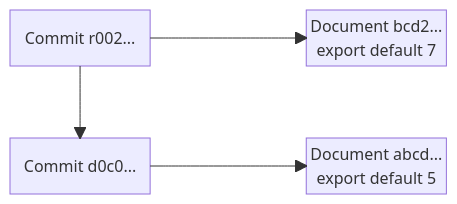
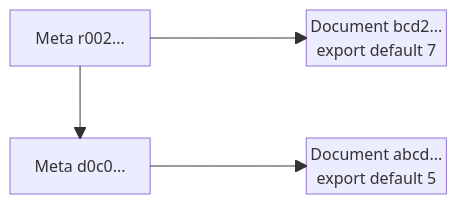
Before and after one commit to functionalscript/functionalscript: the second of 4 diagrams in todo/sergey/disot.md, drawn with Mermaid. The commit also changed other lines of this file, not shown here.

````diff
--- a/todo/sergey/disot.md
+++ b/todo/sergey/disot.md
@@ -106,16 +106,16 @@
 ```mermaid
 block-beta
     columns 3
 
-    C2["Commit r002..."] space D2["Document bcd2...
+    C2["Meta r002..."] space D2["Document bcd2...
     export default 7"]
 
     space:3
 
-    C1["Commit d0c0..."] space D1["Document abcd...
+    C1["Meta d0c0..."] space D1["Document abcd...
     export default 5"]
 
     C2 --> C1
     C2 --> D2
     C1 --> D1
 ```
````
